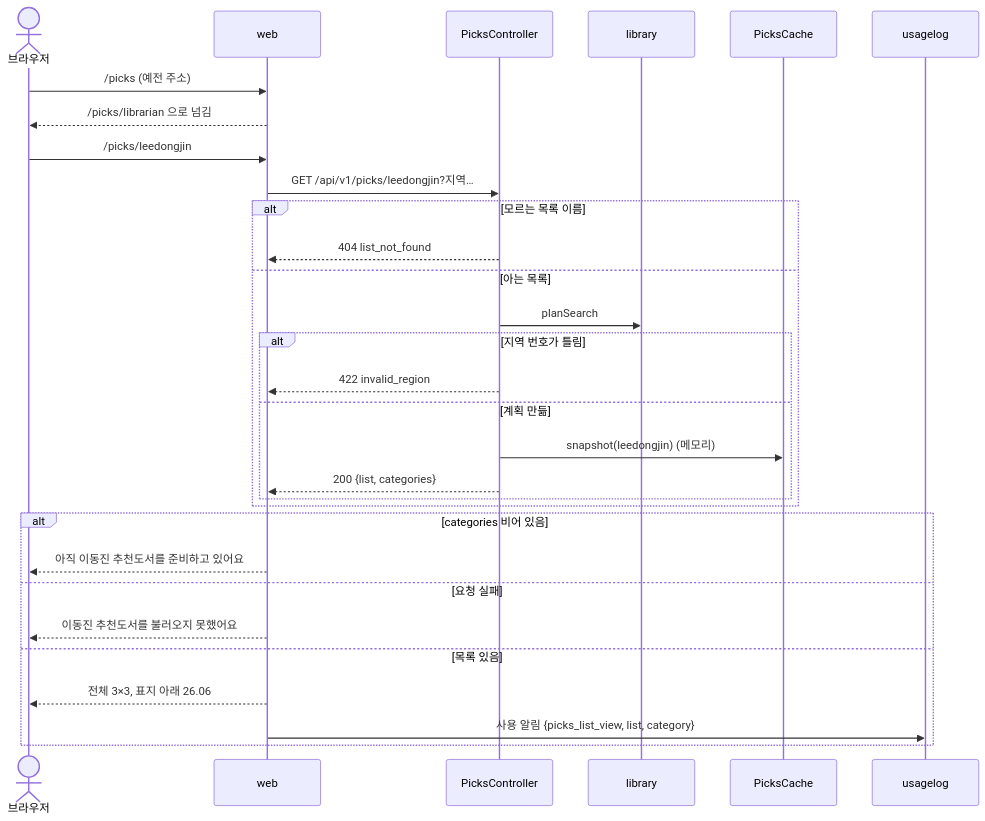
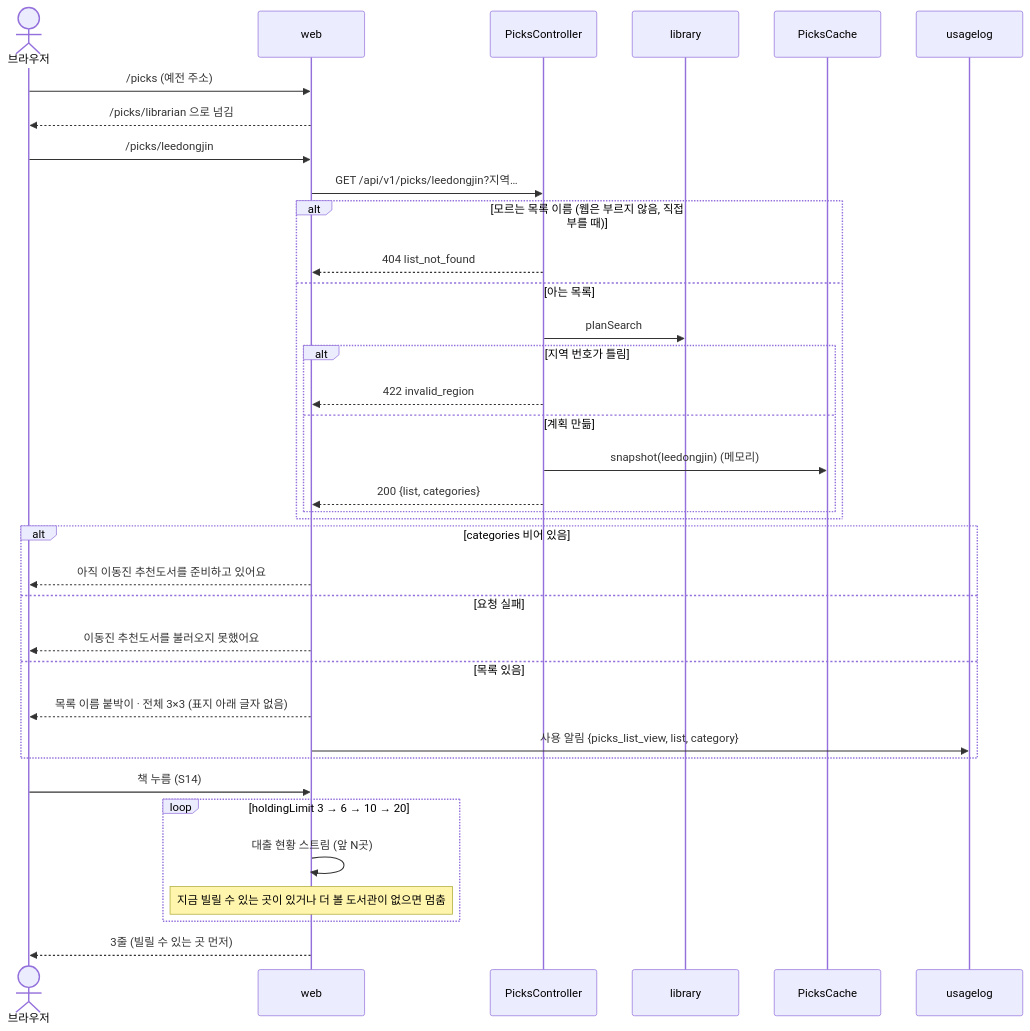
One commit to hodu-sketch/chaekcheck-plan changed diagram 54 of 57 in docs/current/flows.md. Above: the diagram before and after it, drawn with Mermaid. The commit also changed other lines of this file and 20 other files, not shown here.

````diff
--- a/docs/current/flows.md
+++ b/docs/current/flows.md
@@ -1705,32 +1715,38 @@
 ```mermaid
 sequenceDiagram
   actor B as 브라우저
   participant W as web
   participant PC as PicksController
   participant L as library
   participant CA as PicksCache
   participant UL as usagelog
   B->>W: /picks (예전 주소)
   W-->>B: /picks/librarian 으로 넘김
   B->>W: /picks/leedongjin
   W->>PC: GET /api/v1/picks/leedongjin?지역…
-  alt 모르는 목록 이름
+  alt 모르는 목록 이름 (웹은 부르지 않음, 직접 부를 때)
     PC-->>W: 404 list_not_found
   else 아는 목록
     PC->>L: planSearch
     alt 지역 번호가 틀림
       PC-->>W: 422 invalid_region
     else 계획 만듦
       PC->>CA: snapshot(leedongjin) (메모리)
       PC-->>W: 200 {list, categories}
     end
   end
   alt categories 비어 있음
     W-->>B: 아직 이동진 추천도서를 준비하고 있어요
   else 요청 실패
     W-->>B: 이동진 추천도서를 불러오지 못했어요
   else 목록 있음
-    W-->>B: 전체 3×3, 표지 아래 26.06
+    W-->>B: 목록 이름 붙박이 · 전체 3×3 (표지 아래 글자 없음)
     W->>UL: 사용 알림 {picks_list_view, list, category}
   end
+  B->>W: 책 누름 (S14)
+  loop holdingLimit 3 → 6 → 10 → 20
+    W->>W: 대출 현황 스트림 (앞 N곳)
+    Note over W: 지금 빌릴 수 있는 곳이 있거나 더 볼 도서관이 없으면 멈춤
+  end
+  W-->>B: 3줄 (빌릴 수 있는 곳 먼저)
 ```
````
